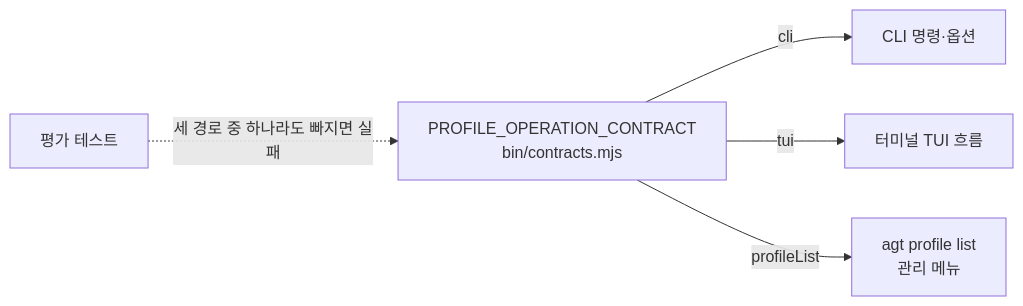
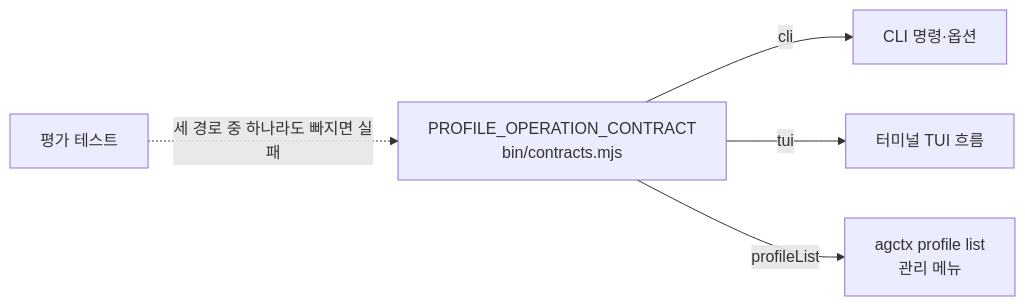
Before and after one commit to IsthisLee/agent-context-manager: the first of 2 diagrams in docs/discussion/architecture/topics/implementation-contracts.md, drawn with Mermaid. The commit also changed other lines of this file and 73 other files, not shown here.

````diff
--- a/docs/discussion/architecture/topics/implementation-contracts.md
+++ b/docs/discussion/architecture/topics/implementation-contracts.md
@@ -17,7 +17,7 @@
 ```mermaid
 flowchart LR
   REG["PROFILE_OPERATION_CONTRACT<br/>bin/contracts.mjs"] -->|cli| CLI["CLI 명령·옵션"]
   REG -->|tui| TUI["터미널 TUI 흐름"]
-  REG -->|profileList| MENU["agt profile list<br/>관리 메뉴"]
+  REG -->|profileList| MENU["agctx profile list<br/>관리 메뉴"]
   EVAL["평가 테스트"] -.->|세 경로 중 하나라도 빠지면 실패| REG
 ```
````
